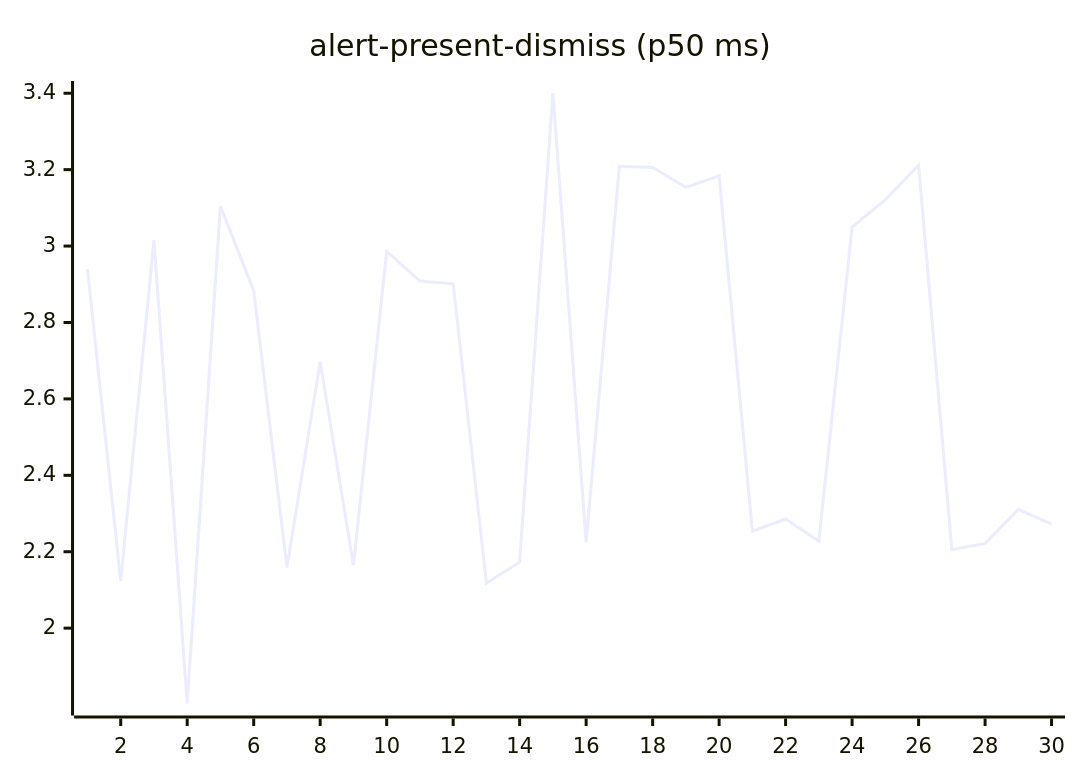
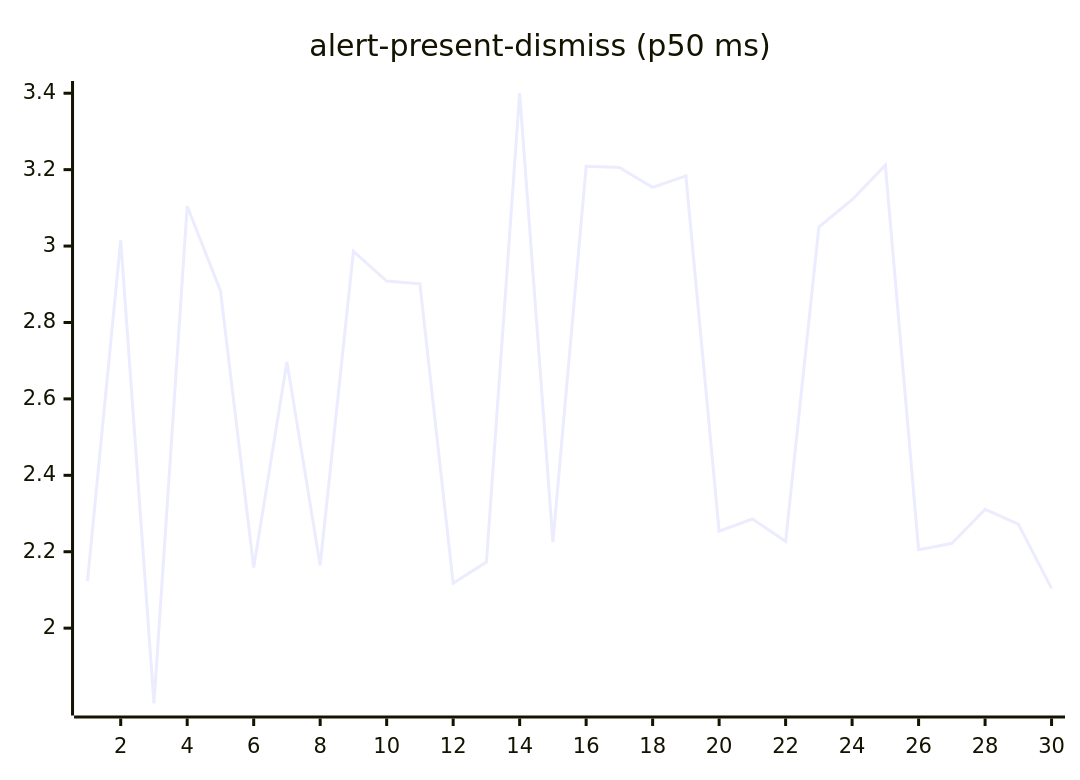
One commit to josha/Facet changed the second of 27 diagrams in README.md. Above: the diagram before and after it, drawn with Mermaid. The commit also changed other lines of this file and 2 other files, not shown here.

````diff
--- a/README.md
+++ b/README.md
@@ -70,6 +70,6 @@
 ```mermaid
 xychart-beta
     title "alert-present-dismiss (p50 ms)"
     x-axis 1 --> 30
-    line [2.9396, 2.1232, 3.0157, 1.8028, 3.1043, 2.8834, 2.1588, 2.6974, 2.1643, 2.9862, 2.9085, 2.9011, 2.1177, 2.1729, 3.4006, 2.2253, 3.2090, 3.2058, 3.1536, 3.1837, 2.2536, 2.2857, 2.2272, 3.0496, 3.1212, 3.2117, 2.2054, 2.2216, 2.3109, 2.2722]
+    line [2.1232, 3.0157, 1.8028, 3.1043, 2.8834, 2.1588, 2.6974, 2.1643, 2.9862, 2.9085, 2.9011, 2.1177, 2.1729, 3.4006, 2.2253, 3.2090, 3.2058, 3.1536, 3.1837, 2.2536, 2.2857, 2.2272, 3.0496, 3.1212, 3.2117, 2.2054, 2.2216, 2.3109, 2.2722, 2.1040]
 ```
````
